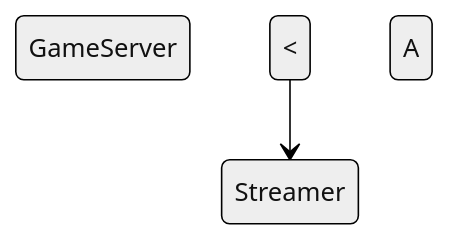
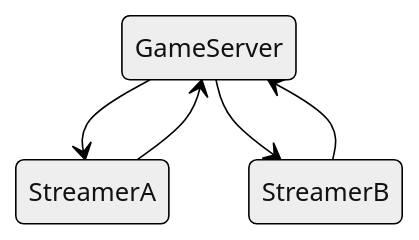
One commit to theoriginalstove/battlechats changed the diagram in README.md. Above: the diagram before and after it, drawn with Mermaid (neutral theme).

Commit message:
docs: fixed readme diagram

````diff
--- a/README.md
+++ b/README.md
@@ -18,6 +18,8 @@
 ```mermaid
 stateDiagram-v2
 
-GameServer <--> Streamer A
-
+GameServer --> StreamerA
+StreamerA --> GameServer
+StreamerB --> GameServer
+GameServer --> StreamerB
 ```
````
